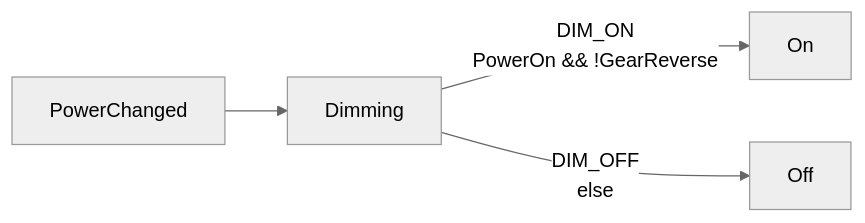
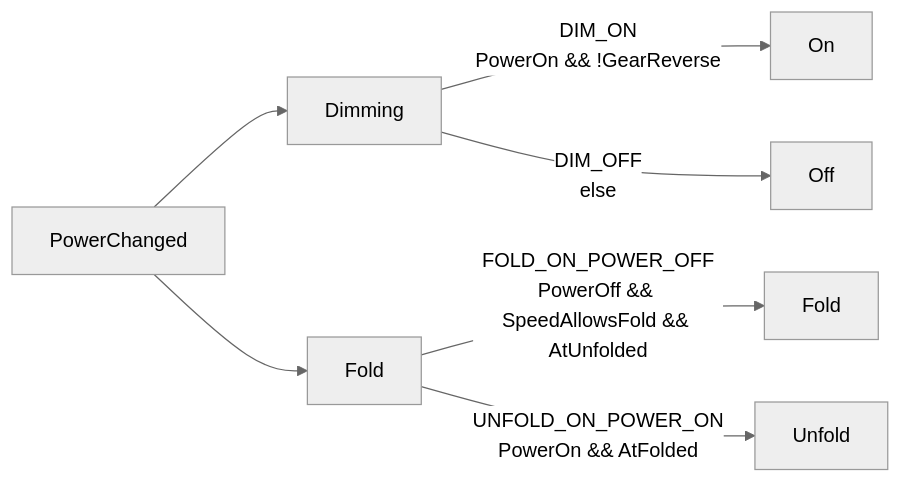
One commit to 4artit/declared changed the second of 4 diagrams in examples/mirrors/mirrors.md. Above: the diagram before and after it, drawn with Mermaid (neutral theme). The commit also changed other lines of this file and 23 other files, not shown here.

````diff
--- a/examples/mirrors/mirrors.md
+++ b/examples/mirrors/mirrors.md
@@ -57,6 +63,9 @@
 ```mermaid
 flowchart LR
     ev_PowerChanged["PowerChanged"] --> ft_Dimming["Dimming"]
     ft_Dimming["Dimming"] -->|"DIM_ON<br/>PowerOn && !GearReverse"| ac_Dimming_On["On"]
     ft_Dimming["Dimming"] -->|"DIM_OFF<br/>else"| ac_Dimming_Off["Off"]
+    ev_PowerChanged["PowerChanged"] --> ft_Fold["Fold"]
+    ft_Fold["Fold"] -->|"FOLD_ON_POWER_OFF<br/>PowerOff && SpeedAllowsFold && AtUnfolded"| ac_Fold_Fold["Fold"]
+    ft_Fold["Fold"] -->|"UNFOLD_ON_POWER_ON<br/>PowerOn && AtFolded"| ac_Fold_Unfold["Unfold"]
 ```
````
